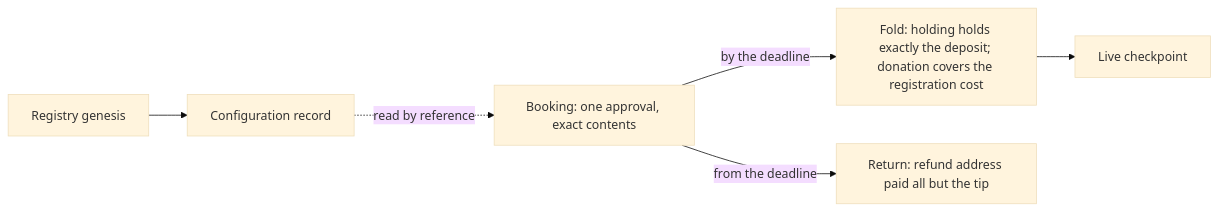
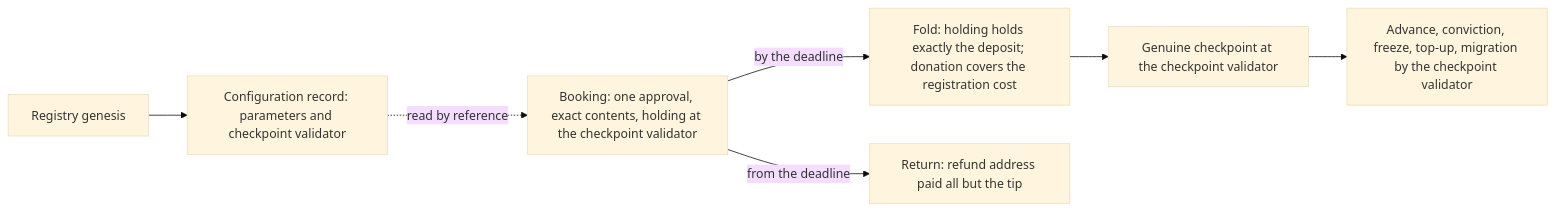
Before and after one commit to lambdasistemi/cardano-keri: the second of 2 diagrams in docs/design/registry-as-mpfs.md, drawn with Mermaid (base theme). The commit also changed other lines of this file and 4 other files, not shown here.

First line of the commit message:
docs: the delivered checkpoint lives at the checkpoint validator

````diff
--- a/docs/design/registry-as-mpfs.md
+++ b/docs/design/registry-as-mpfs.md
@@ -184,8 +204,9 @@
 ```mermaid
 flowchart LR
-  Genesis[Registry genesis] --> Record[Configuration record]
-  Record -. read by reference .-> Book[Booking: one approval, exact contents]
+  Genesis[Registry genesis] --> Record[Configuration record: parameters and checkpoint validator]
+  Record -. read by reference .-> Book[Booking: one approval, exact contents, holding at the checkpoint validator]
   Book -->|by the deadline| Fold[Fold: holding holds exactly the deposit; donation covers the registration cost]
   Book -->|from the deadline| Return[Return: refund address paid all but the tip]
-  Fold --> Checkpoint[Live checkpoint]
+  Fold --> Checkpoint[Genuine checkpoint at the checkpoint validator]
+  Checkpoint --> Lifecycle[Advance, conviction, freeze, top-up, migration by the checkpoint validator]
 ```
````
